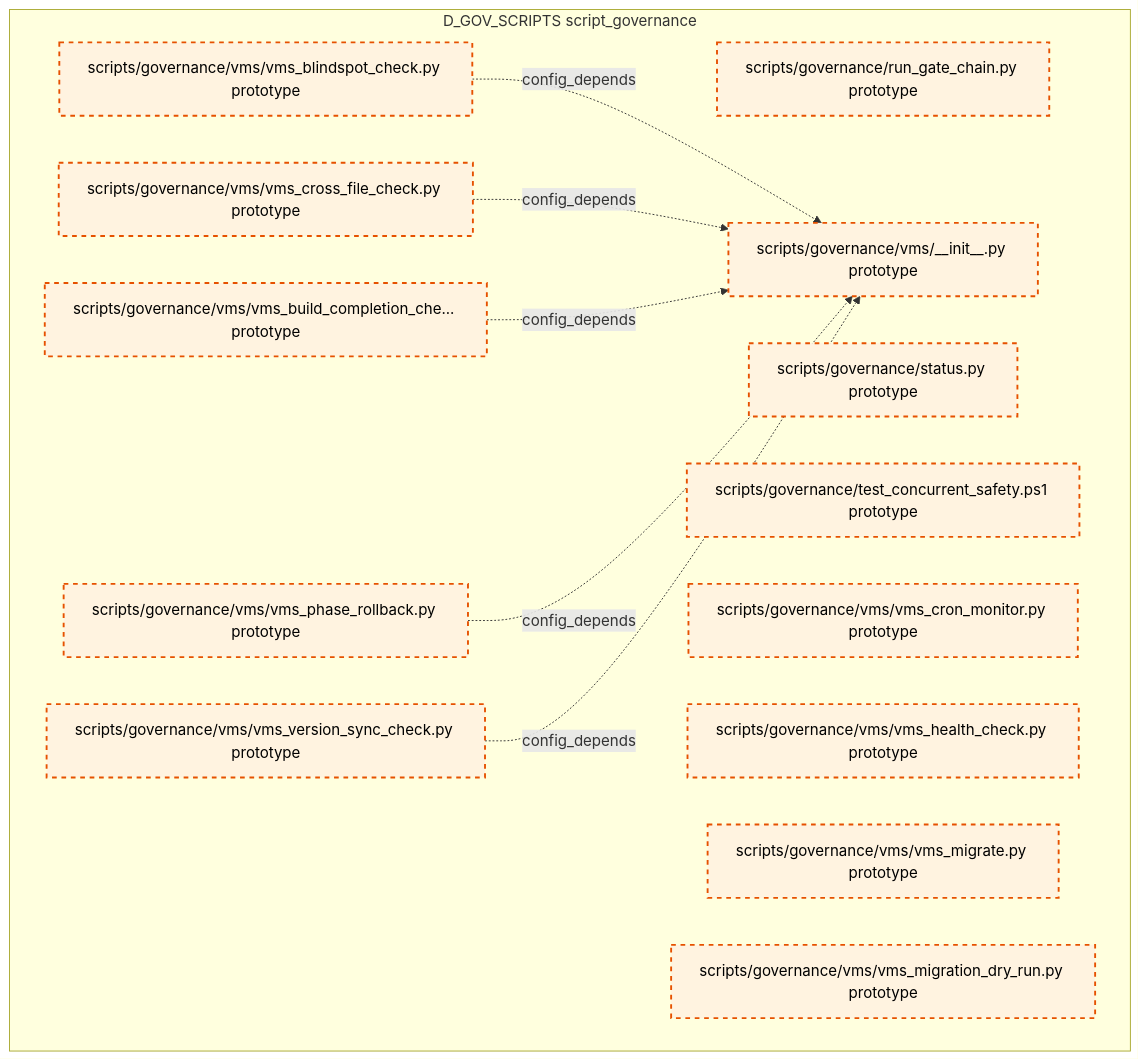
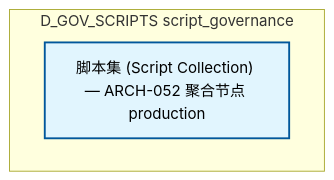
The diagram in docs/02_enterprise_architecture/02_domain_architecture_docs/36_d_gov_scripts.md (xuanFelixVan/ZephyrAlpha), drawn with Mermaid before and after one commit. The commit also changed other lines of this file and 3 other files, not shown here.

First line of the commit message:
ARCH-052 Phase 5: 重生 4 个域文档（聚合节点治理验证）— D_GOV_ENFORCEMENT/D_GOV_SCRIPTS/D_AUDITTEST/D_GOVERNANCE

````diff
--- a/docs/02_enterprise_architecture/02_domain_architecture_docs/36_d_gov_scripts.md
+++ b/docs/02_enterprise_architecture/02_domain_architecture_docs/36_d_gov_scripts.md
@@ -1007,28 +47,11 @@
 ```mermaid
 graph TD
     subgraph D_GOV_SCRIPTS["D_GOV_SCRIPTS script_governance"]
-        scripts_governance_run_gate_chain_py["scripts/governance/run_gate_chain.py prototype"]
-        scripts_governance_status_py["scripts/governance/status.py prototype"]
-        scripts_governance_test_concurrent_safety_ps1["scripts/governance/test_concurrent_safety.ps1 prototype"]
-        scripts_governance_vms_init_py["scripts/governance/vms/__init__.py prototype"]
-        scripts_governance_vms_vms_blindspot_check_py["scripts/governance/vms/vms_blindspot_check.py prototype"]
-        scripts_governance_vms_vms_build_completion_check_py["scripts/governance/vms/vms_build_completion_che... prototype"]
-        scripts_governance_vms_vms_cron_monitor_py["scripts/governance/vms/vms_cron_monitor.py prototype"]
-        scripts_governance_vms_vms_cross_file_check_py["scripts/governance/vms/vms_cross_file_check.py prototype"]
-        scripts_governance_vms_vms_health_check_py["scripts/governance/vms/vms_health_check.py prototype"]
-        scripts_governance_vms_vms_migrate_py["scripts/governance/vms/vms_migrate.py prototype"]
-        scripts_governance_vms_vms_migration_dry_run_py["scripts/governance/vms/vms_migration_dry_run.py prototype"]
-        scripts_governance_vms_vms_phase_rollback_py["scripts/governance/vms/vms_phase_rollback.py prototype"]
-        scripts_governance_vms_vms_version_sync_check_py["scripts/governance/vms/vms_version_sync_check.py prototype"]
+        docs_01_policies_and_standards_registry_catalogs_scripts_registry_yaml["脚本集 (Script Collection) — ARCH-052 聚合节点 production"]
     end
-    scripts_governance_vms_vms_blindspot_check_py -.->|config_depends| scripts_governance_vms_init_py
-    scripts_governance_vms_vms_cross_file_check_py -.->|config_depends| scripts_governance_vms_init_py
-    scripts_governance_vms_vms_build_completion_check_py -.->|config_depends| scripts_governance_vms_init_py
-    scripts_governance_vms_vms_phase_rollback_py -.->|config_depends| scripts_governance_vms_init_py
-    scripts_governance_vms_vms_version_sync_check_py -.->|config_depends| scripts_governance_vms_init_py
     classDef production fill:#e1f5fe,stroke:#01579b,stroke-width:2px,color:#000
     classDef design fill:#fff3e0,stroke:#e65100,stroke-width:2px,color:#000,stroke-dasharray: 5 5
     classDef external_prod fill:#e8f5e9,stroke:#1b5e20,stroke-width:1px,color:#000
     classDef external_design fill:#fce4ec,stroke:#880e4f,stroke-width:1px,color:#000,stroke-dasharray: 5 5
-    class scripts_governance_run_gate_chain_py,scripts_governance_status_py,scripts_governance_test_concurrent_safety_ps1,scripts_governance_vms_init_py,scripts_governance_vms_vms_blindspot_check_py,scripts_governance_vms_vms_build_completion_check_py,scripts_governance_vms_vms_cron_monitor_py,scripts_governance_vms_vms_cross_file_check_py,scripts_governance_vms_vms_health_check_py,scripts_governance_vms_vms_migrate_py,scripts_governance_vms_vms_migration_dry_run_py,scripts_governance_vms_vms_phase_rollback_py,scripts_governance_vms_vms_version_sync_check_py design
+    class docs_01_policies_and_standards_registry_catalogs_scripts_registry_yaml production
 ```
````
